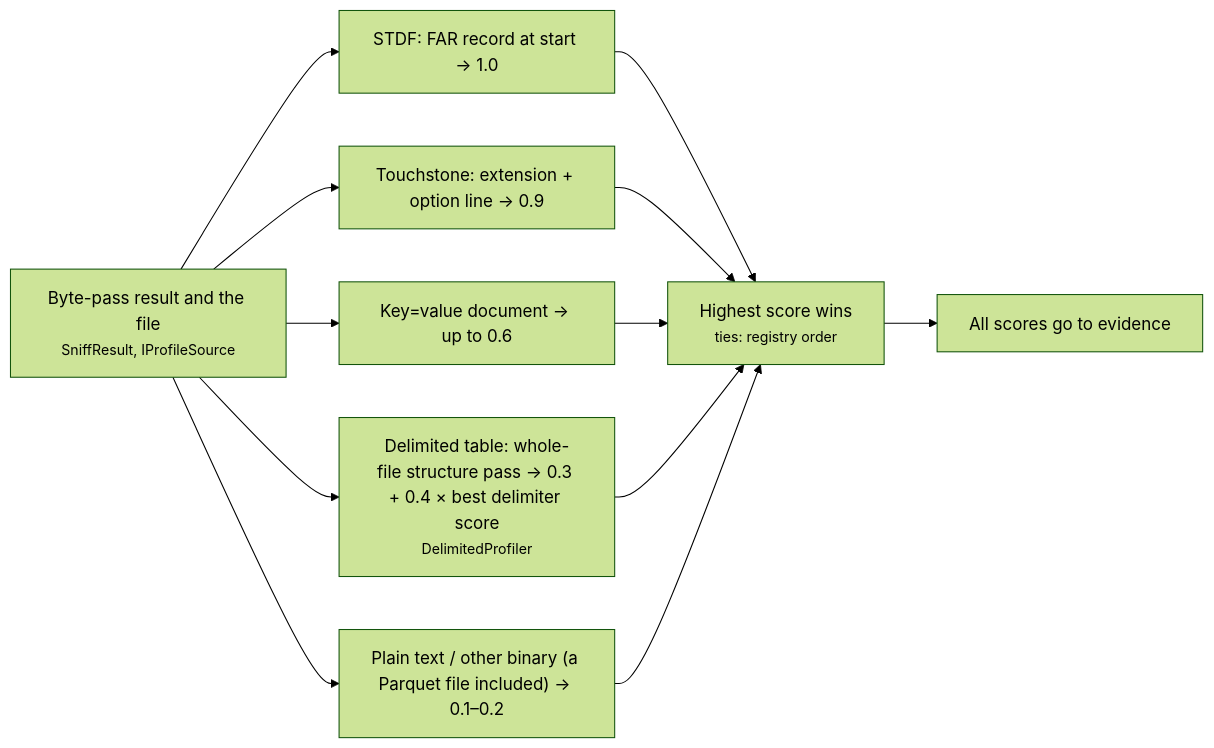
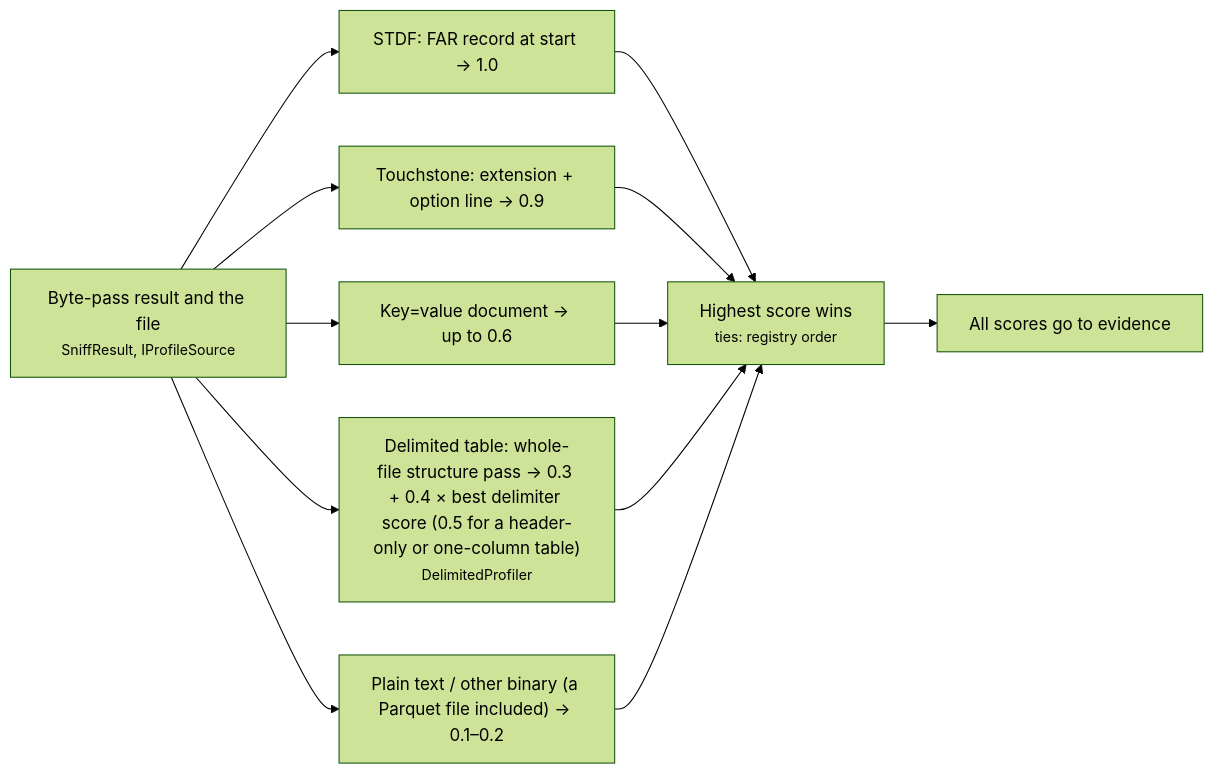
One commit to squalor-xyz/squalify changed the third of 27 diagrams in docs/how-it-works.md. Above: the diagram before and after it, drawn with Mermaid (forest theme). The commit also changed other lines of this file and 31 other files, not shown here.

````diff
--- a/docs/how-it-works.md
+++ b/docs/how-it-works.md
@@ -43,10 +43,10 @@
 ```mermaid
 flowchart LR
     S["Byte-pass result and the file<br/><small>SniffResult, IProfileSource</small>"] --> P2["STDF: FAR record at start → 1.0"]
     S --> P3["Touchstone: extension + option line → 0.9"]
     S --> P4["Key=value document → up to 0.6"]
-    S --> P5["Delimited table: whole-file structure pass → 0.3 + 0.4 × best delimiter score<br/><small>DelimitedProfiler</small>"]
+    S --> P5["Delimited table: whole-file structure pass → 0.3 + 0.4 × best delimiter score (0.5 for a header-only or one-column table)<br/><small>DelimitedProfiler</small>"]
     S --> P6["Plain text / other binary (a Parquet file included) → 0.1–0.2"]
     P2 & P3 & P4 & P5 & P6 --> W["Highest score wins<br/><small>ties: registry order</small>"]
     W --> Ev["All scores go to evidence"]
 ```
````
